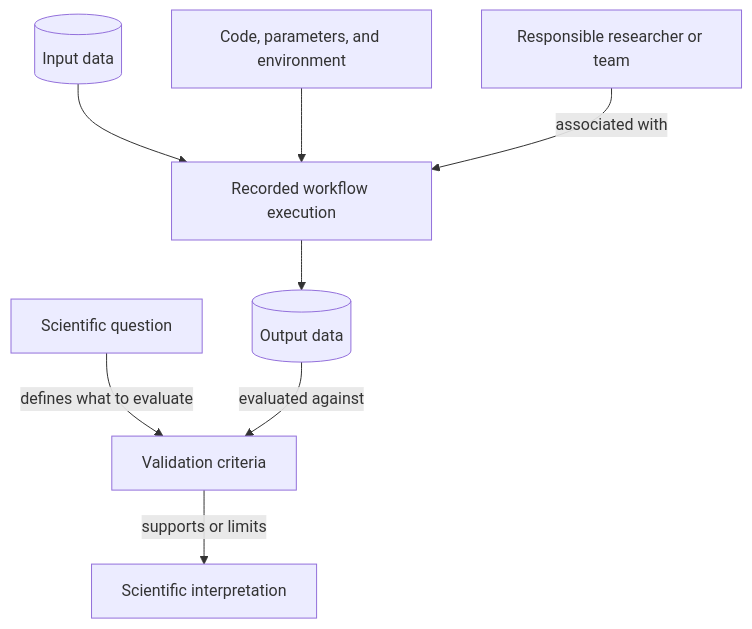
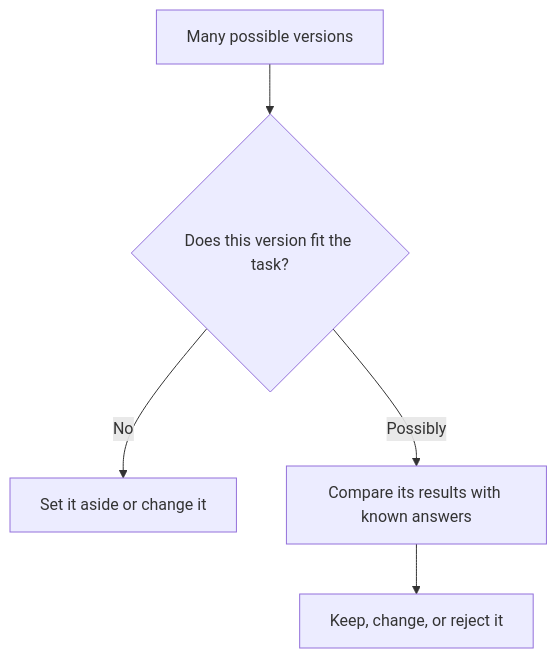
The second of 5 diagrams in _posts/2026-10-09-when-code-becomes-metadata.md (CU-DBMI/set-website), drawn with Mermaid before and after one commit. The commit also changed other lines of this file, not shown here.

````diff
--- a/_posts/2026-10-09-when-code-becomes-metadata.md
+++ b/_posts/2026-10-09-when-code-becomes-metadata.md
@@ -142,10 +75,7 @@
 ```mermaid!
 flowchart TB
-    intent["Scientific question"] -- "defines what to evaluate" --> validation["Validation criteria"]
-    inputs[("Input data")] --> run["Recorded workflow execution"]
-    implementation["Code, parameters, and environment"] --> run
-    team["Responsible researcher or team"] -- "associated with" --> run
-    run --> outputs[("Output data")]
-    outputs -- "evaluated against" --> validation
-    validation -- "supports or limits" --> conclusion["Scientific interpretation"]
+    candidates["Many possible versions"] --> purpose{"Does this version fit the task?"}
+    purpose -- "No" --> reject["Set it aside or change it"]
+    purpose -- "Possibly" --> evaluate["Compare its results with known answers"]
+    evaluate --> revise["Keep, change, or reject it"]
 ```
````
